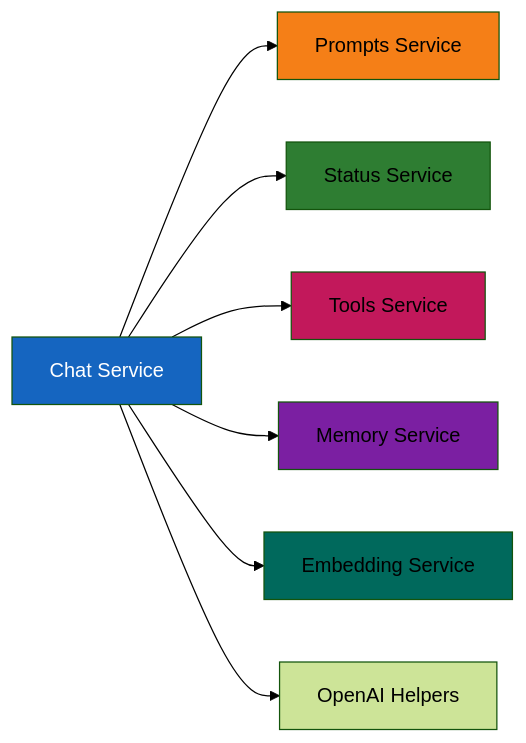
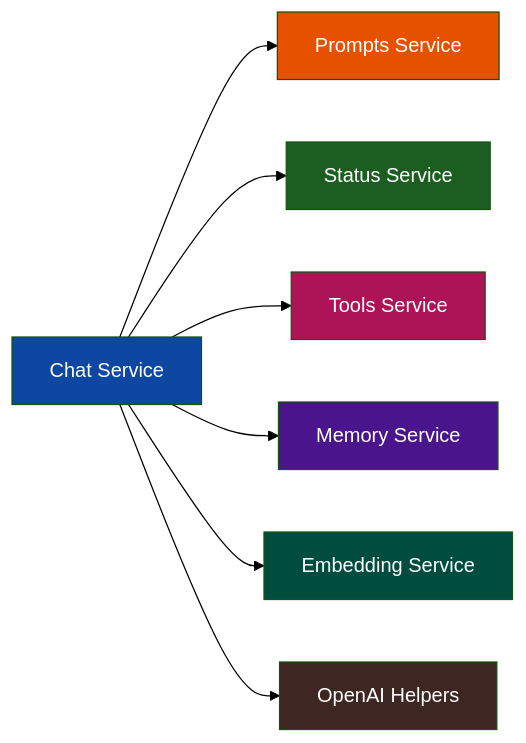
The second of 2 diagrams in docs/services/chat.md (rlynjb/adventurecue), drawn with Mermaid (forest theme) before and after one commit. The commit also changed other lines of this file and 1 other file, not shown here.

````diff
--- a/docs/services/chat.md
+++ b/docs/services/chat.md
@@ -64,17 +64,18 @@
 ```mermaid
 graph LR
     CHAT[Chat Service] --> PROMPTS[Prompts Service]
     CHAT --> STATUS[Status Service]
     CHAT --> TOOLS[Tools Service]
     CHAT --> MEMORY[Memory Service]
     CHAT --> EMBEDDING[Embedding Service]
 
     CHAT --> HELPERS[OpenAI Helpers]
 
-    style CHAT fill:#1565c0,color:#fff
-    style PROMPTS fill:#f57f17
-    style STATUS fill:#2e7d32
-    style TOOLS fill:#c2185b
-    style MEMORY fill:#7b1fa2
-    style EMBEDDING fill:#00695c
+    style CHAT fill:#0d47a1,color:#fff
+    style PROMPTS fill:#e65100,color:#fff
+    style STATUS fill:#1b5e20,color:#fff
+    style TOOLS fill:#ad1457,color:#fff
+    style MEMORY fill:#4a148c,color:#fff
+    style EMBEDDING fill:#004d40,color:#fff
+    style HELPERS fill:#3e2723,color:#fff
 ```
````
